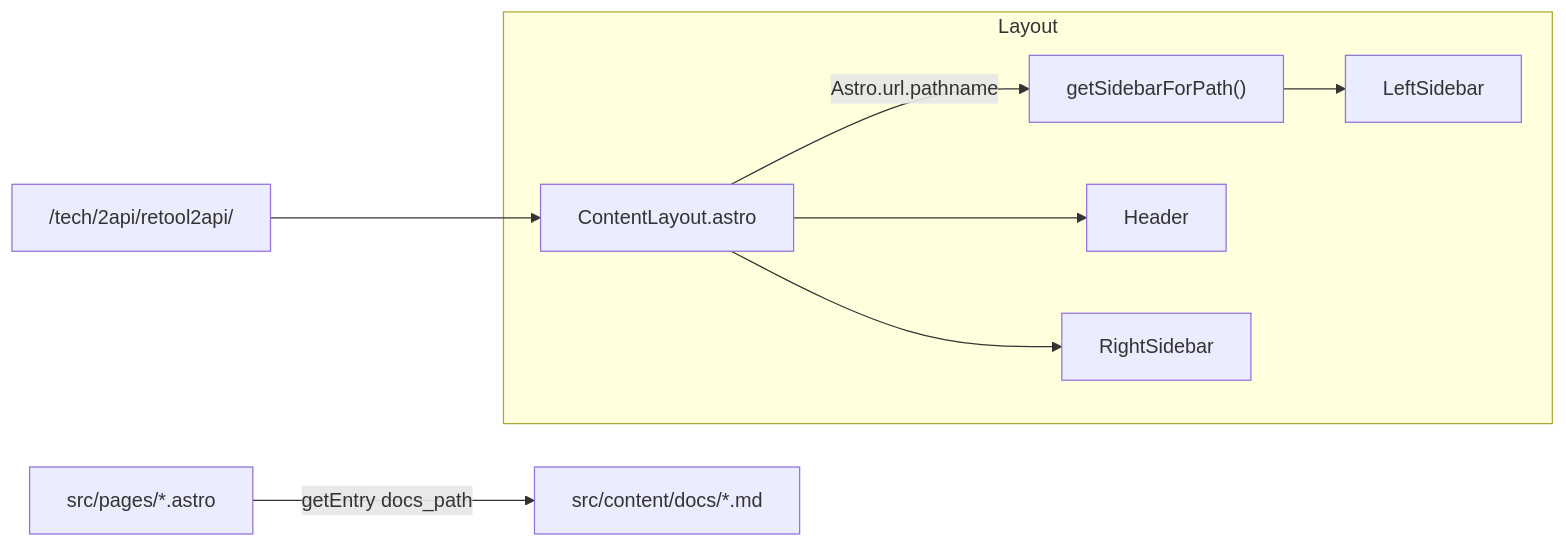
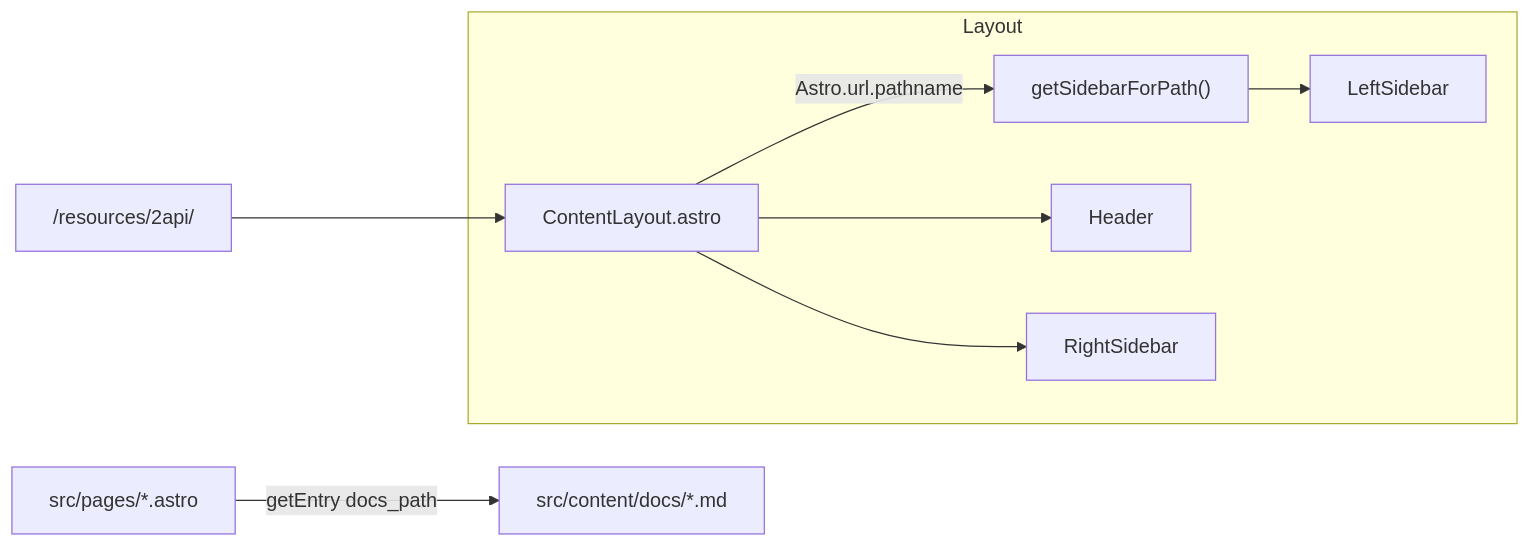
The diagram in AI_AGENT_GUIDE.md (zhu-jl18/Fish-AI-Handbook), drawn with Mermaid before and after one commit. The commit also changed other lines of this file and 3 other files, not shown here.

````diff
--- a/AI_AGENT_GUIDE.md
+++ b/AI_AGENT_GUIDE.md
@@ -41,11 +41,11 @@
 ```mermaid
 flowchart LR
-  URL["/tech/2api/retool2api/"] --> CL["ContentLayout.astro"]
+  URL["/resources/2api/"] --> CL["ContentLayout.astro"]
   subgraph Layout
     CL -->|Astro.url.pathname| SB["getSidebarForPath()"]
     SB --> LS["LeftSidebar"]
     CL --> HD["Header"]
     CL --> RS["RightSidebar"]
   end
   PG["src/pages/*.astro"] -->|getEntry docs_path| MD["src/content/docs/*.md"]
 ```
````
